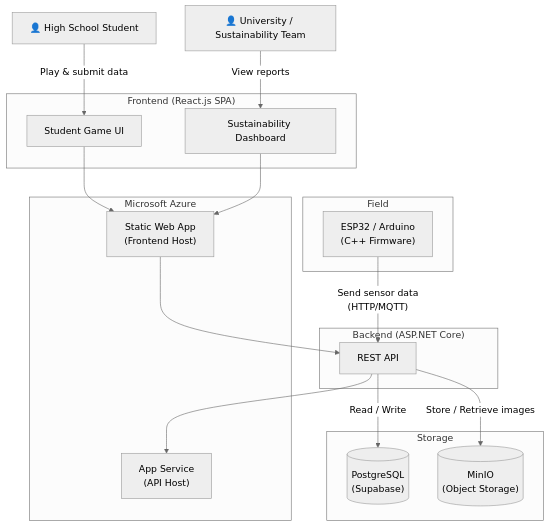
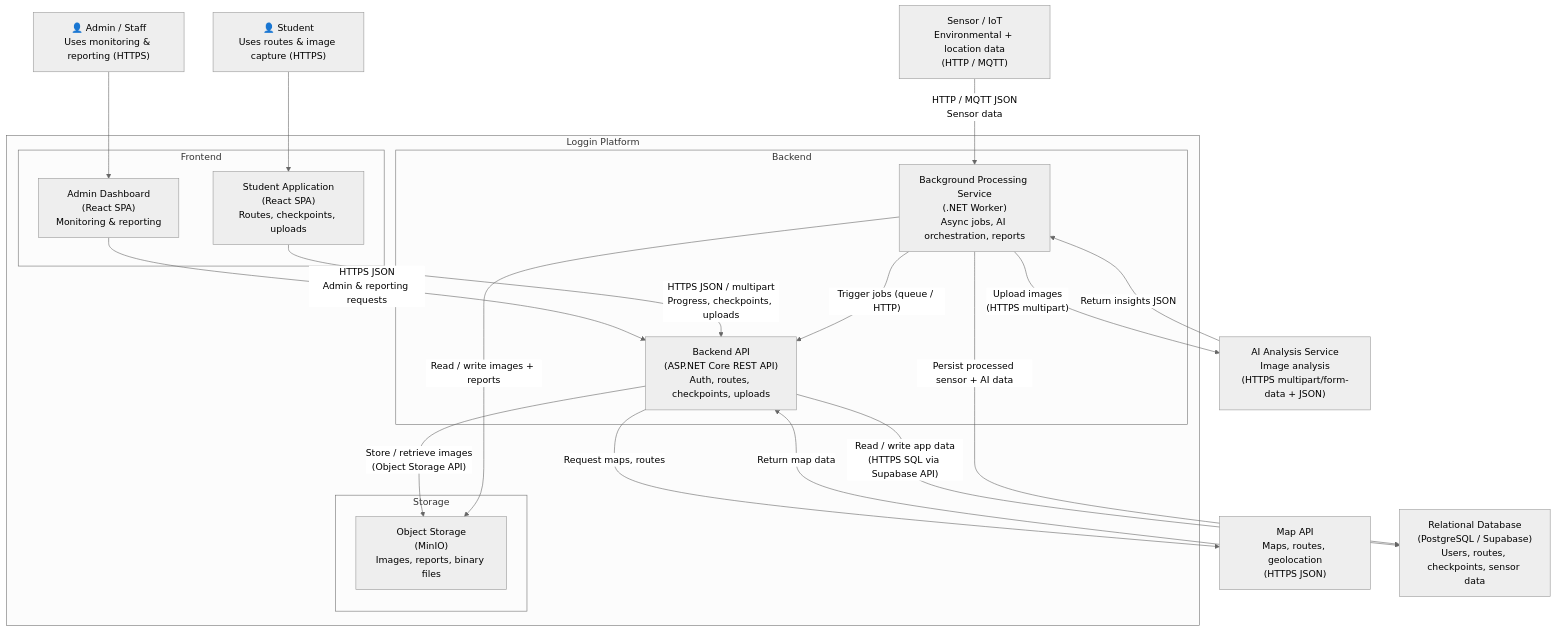
One commit to RubberDuck808/lab4-goalz changed the second of 2 diagrams in docs/diagrams/README.md. Above: the diagram before and after it, drawn with Mermaid (neutral theme). The commit also changed other lines of this file and 5 other files, not shown here.

First line of the commit message:
docs(diagrams): convert to flowchart TD style, remove old diagrams

````diff
--- a/docs/diagrams/README.md
+++ b/docs/diagrams/README.md
@@ -79,38 +42,65 @@
 ```mermaid
 flowchart TD
-    student["👤 High School Student"]
-    admin["👤 University / Sustainability Team"]
 
-    subgraph Field
-        iot["ESP32 / Arduino\n(C++ Firmware)"]
+%% ===================== USERS =====================
+admin["👤 Admin / Staff<br/>Uses monitoring & reporting (HTTPS)"]
+student["👤 Student<br/>Uses routes & image capture (HTTPS)"]
+
+%% ===================== PLATFORM =====================
+subgraph platform["Loggin Platform"]
+
+    %% --- Frontend ---
+    subgraph frontend["Frontend"]
+        admin_ui["Admin Dashboard<br/>(React SPA)<br/>Monitoring & reporting"]
+        student_ui["Student Application<br/>(React SPA)<br/>Routes, checkpoints, uploads"]
     end
 
-    subgraph Frontend["Frontend (React.js SPA)"]
-        game["Student Game UI"]
-        dashboard["Sustainability Dashboard"]
+    %% --- Backend ---
+    subgraph backend["Backend"]
+        api["Backend API<br/>(ASP.NET Core REST API)<br/>Auth, routes, checkpoints, uploads"]
+        bg["Background Processing Service<br/>(.NET Worker)<br/>Async jobs, AI orchestration, reports"]
     end
 
-    subgraph Backend["Backend (ASP.NET Core)"]
-        api["REST API"]
+    %% --- Storage ---
+    subgraph storage["Storage"]
+        object["Object Storage<br/>(MinIO)<br/>Images, reports, binary files"]
     end
 
-    subgraph Storage
-        db[("PostgreSQL\n(Supabase)")]
-        minio[("MinIO\n(Object Storage)")]
-    end
+end
 
-    subgraph Azure["Microsoft Azure"]
-        azure_api["App Service\n(API Host)"]
-        azure_fe["Static Web App\n(Frontend Host)"]
-    end
+%% ===================== EXTERNAL =====================
+sensor["Sensor / IoT<br/>Environmental + location data<br/>(HTTP / MQTT)"]
+ai["AI Analysis Service<br/>Image analysis<br/>(HTTPS multipart/form-data + JSON)"]
+mapapi["Map API<br/>Maps, routes, geolocation<br/>(HTTPS JSON)"]
+db["Relational Database<br/>(PostgreSQL / Supabase)<br/>Users, routes, checkpoints, sensor data"]
 
-    student -->|"Play & submit data"| game
-    admin -->|"View reports"| dashboard
-    game --> azure_fe
-    dashboard --> azure_fe
-    azure_fe --> api
-    iot -->|"Send sensor data\n(HTTP/MQTT)"| api
-    api --> azure_api
-    api -->|"Read / Write"| db
-    api -->|"Store / Retrieve images"| minio
+%% ===================== USER FLOW =====================
+admin --> admin_ui
+student --> student_ui
+
+%% ===================== FRONTEND → API =====================
+admin_ui -->|"HTTPS JSON<br/>Admin & reporting requests"| api
+student_ui -->|"HTTPS JSON / multipart<br/>Progress, checkpoints, uploads"| api
+
+%% ===================== SENSOR =====================
+sensor -->|"HTTP / MQTT JSON<br/>Sensor data"| bg
+
+%% ===================== AI =====================
+bg -->|"Upload images<br/>(HTTPS multipart)"| ai
+ai -->|"Return insights JSON"| bg
+
+%% ===================== INTERNAL =====================
+bg -->|"Trigger jobs (queue / HTTP)"| api
+
+%% ===================== STORAGE =====================
+api -->|"Store / retrieve images<br/>(Object Storage API)"| object
+bg -->|"Read / write images + reports"| object
+
+%% ===================== DATABASE =====================
+api -->|"Read / write app data<br/>(HTTPS SQL via Supabase API)"| db
+bg -->|"Persist processed sensor + AI data"| db
+
+%% ===================== MAP =====================
+api -->|"Request maps, routes"| mapapi
+mapapi -->|"Return map data"| api
 ```
````
